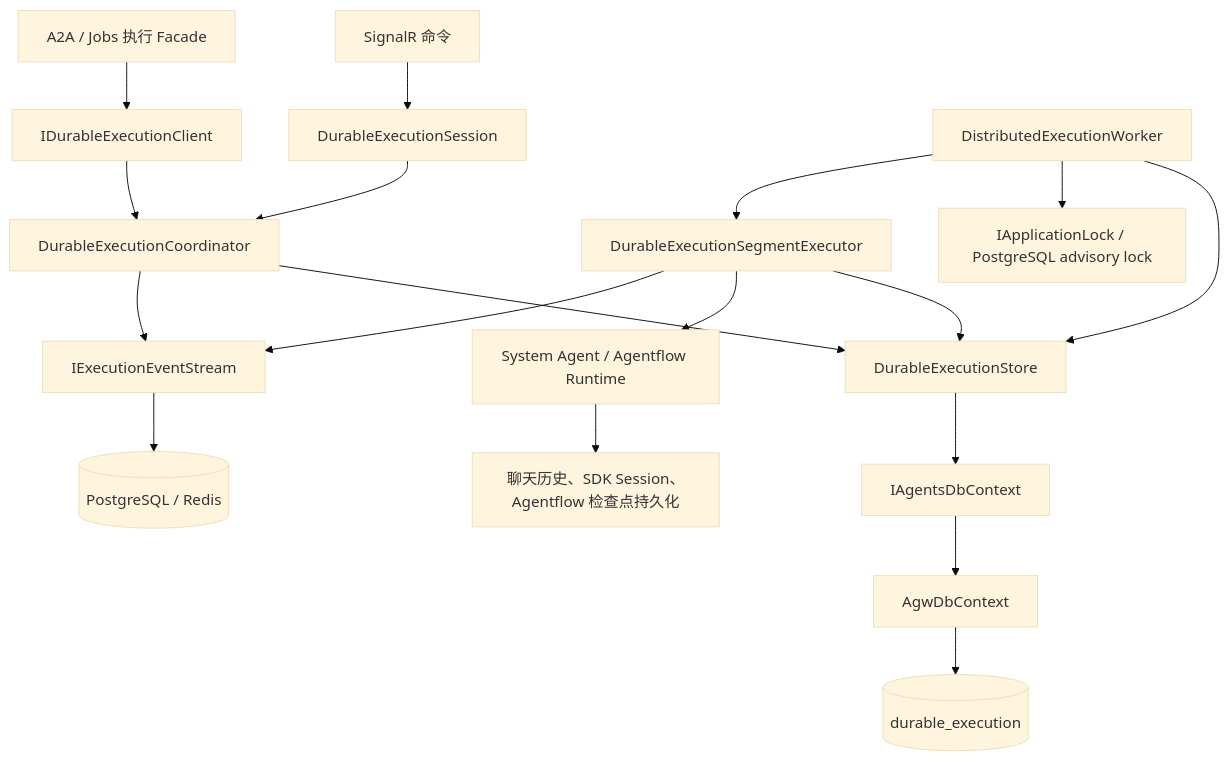
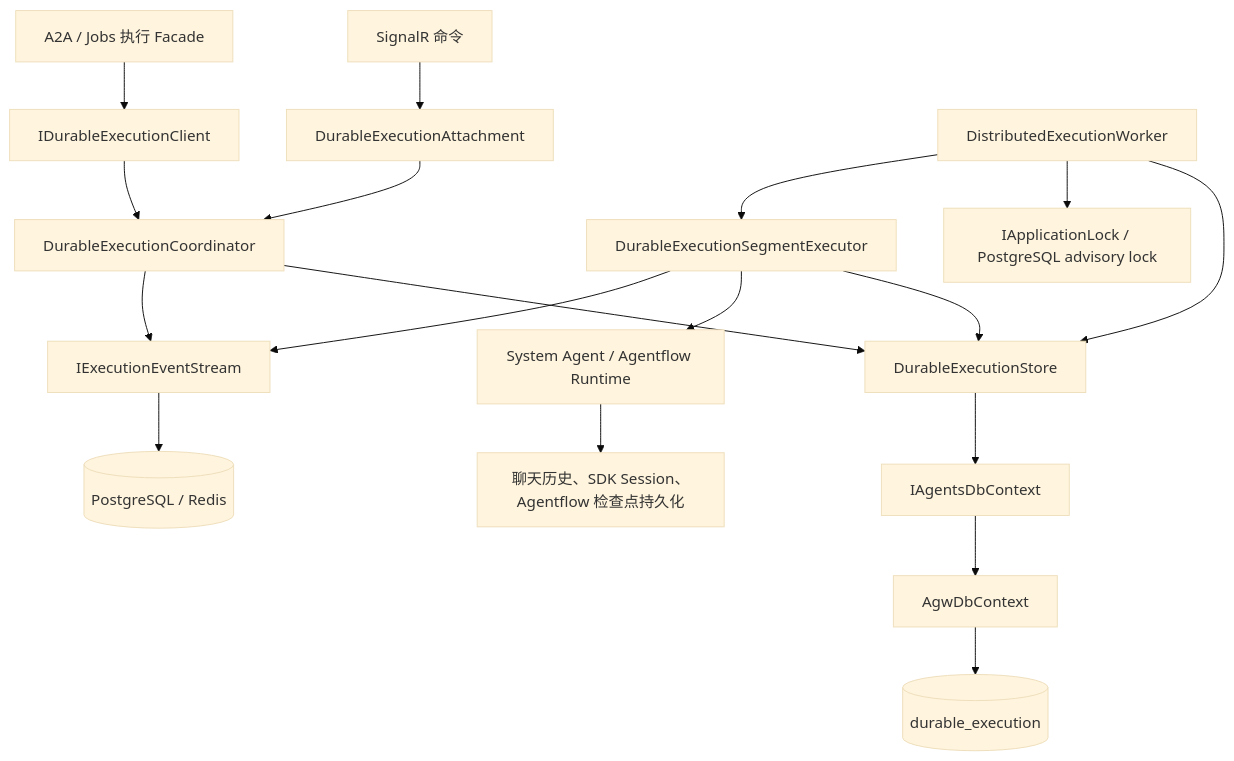
One commit to zxyao145/agw changed the first of 3 diagrams in src/server/Agw.Agents.Execution/Persistence/README.md. Above: the diagram before and after it, drawn with Mermaid (base theme). The commit also changed other lines of this file and 123 other files, not shown here.

````diff
--- a/src/server/Agw.Agents.Execution/Persistence/README.md
+++ b/src/server/Agw.Agents.Execution/Persistence/README.md
@@ -85,20 +85,20 @@
 ```mermaid
 flowchart TB
-    SignalR["SignalR 命令"] --> Session["DurableExecutionSession"]
+    SignalR["SignalR 命令"] --> Session["DurableExecutionAttachment"]
     Facade["A2A / Jobs 执行 Facade"] --> Client["IDurableExecutionClient"]
     Session --> Coordinator["DurableExecutionCoordinator"]
     Client --> Coordinator
     Coordinator --> Store["DurableExecutionStore"]
     Worker["DistributedExecutionWorker"] --> Store
     Worker --> Lock["IApplicationLock / PostgreSQL advisory lock"]
     Worker --> Executor["DurableExecutionSegmentExecutor"]
     Executor --> Store
     Executor --> Runtime["System Agent / Agentflow Runtime"]
     Store --> Port["IAgentsDbContext"]
     Port --> DbContext["AgwDbContext"]
     DbContext --> State[("durable_execution")]
     Executor --> Events["IExecutionEventStream"]
     Coordinator --> Events
     Events --> EventStorage[("PostgreSQL / Redis")]
     Runtime --> Existing["聊天历史、SDK Session、Agentflow 检查点持久化"]
 ```
````
